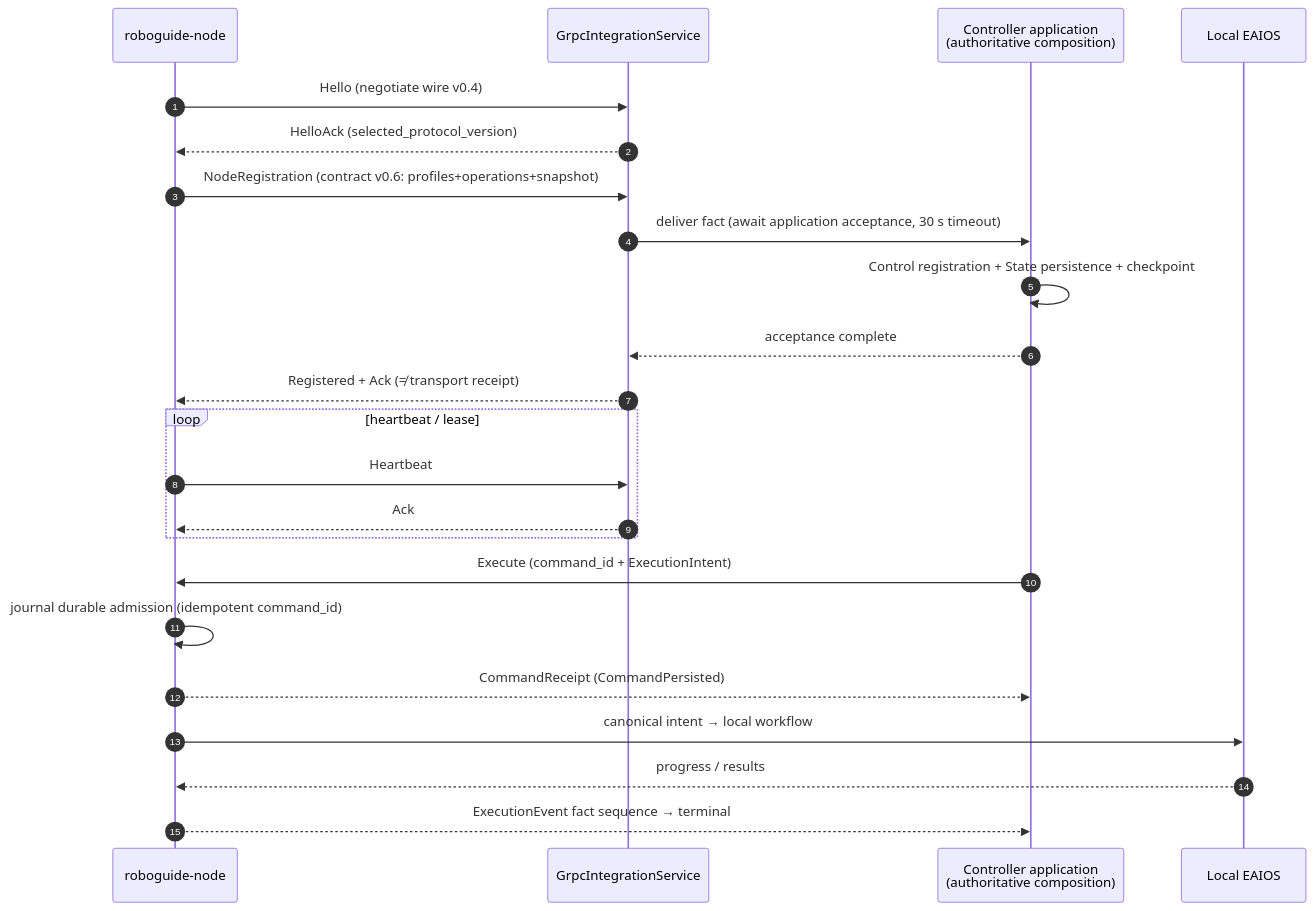
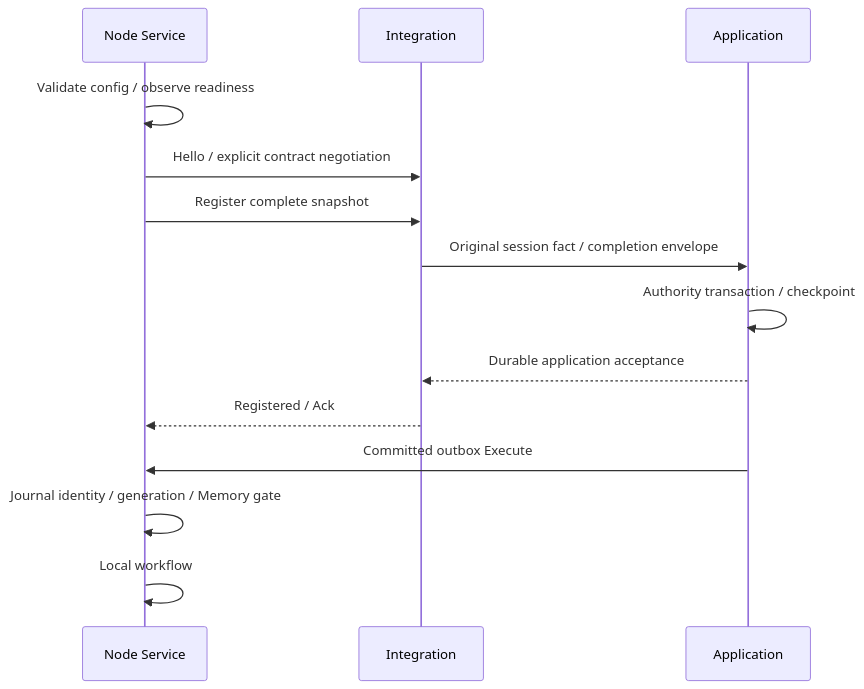
One commit to Farewell-CK/RoboGuide changed the diagram in website/pages/modules/integration-node-service.en.md. Above: the diagram before and after it, drawn with Mermaid. The commit also changed other lines of this file and 37 other files, not shown here.

````diff
--- a/website/pages/modules/integration-node-service.en.md
+++ b/website/pages/modules/integration-node-service.en.md
@@ -53,26 +34,16 @@
 ```mermaid
 sequenceDiagram
-    autonumber
-    participant N as roboguide-node
-    participant G as GrpcIntegrationService
-    participant A as Controller application<br/>(authoritative composition)
-    participant E as Local EAIOS
-
-    N->>G: Hello (negotiate wire v0.4)
-    G-->>N: HelloAck (selected_protocol_version)
-    N->>G: NodeRegistration (contract v0.6: profiles+operations+snapshot)
-    G->>A: deliver fact (await application acceptance, 30 s timeout)
-    A->>A: Control registration + State persistence + checkpoint
-    A-->>G: acceptance complete
-    G-->>N: Registered + Ack (≠ transport receipt)
-    loop heartbeat / lease
-        N->>G: Heartbeat
-        G-->>N: Ack
-    end
-    A->>N: Execute (command_id + ExecutionIntent)
-    N->>N: journal durable admission (idempotent command_id)
-    N-->>A: CommandReceipt (CommandPersisted)
-    N->>E: canonical intent → local workflow
-    E-->>N: progress / results
-    N-->>A: ExecutionEvent fact sequence → terminal
+  participant N as Node Service
+  participant I as Integration
+  participant A as Application
+  N->>N: Validate config / observe readiness
+  N->>I: Hello / explicit contract negotiation
+  N->>I: Register complete snapshot
+  I->>A: Original session fact / completion envelope
+  A->>A: Authority transaction / checkpoint
+  A-->>I: Durable application acceptance
+  I-->>N: Registered / Ack
+  A->>N: Committed outbox Execute
+  N->>N: Journal identity / generation / Memory gate
+  N->>N: Local workflow
 ```
````
